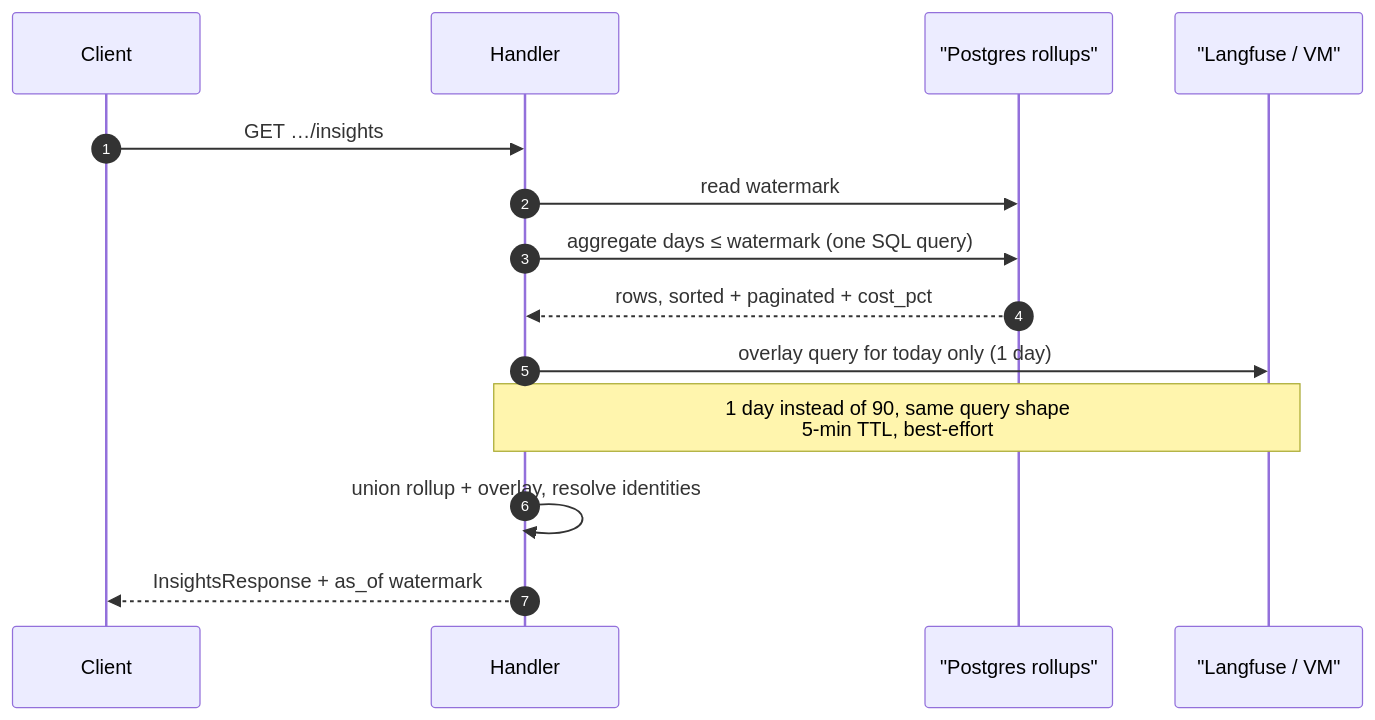
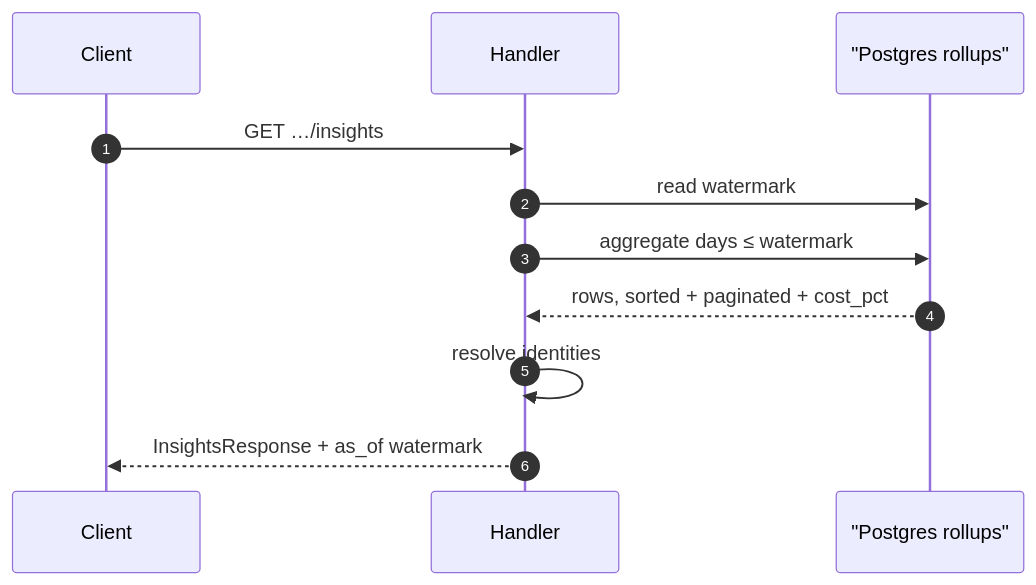
One commit to astropods/astro-cli changed the third of 4 diagrams in docs/01-spec/insights-rollup-spec.md. Above: the diagram before and after it, drawn with Mermaid. The commit also changed other lines of this file and 46 other files, not shown here.

````diff
--- a/docs/01-spec/insights-rollup-spec.md
+++ b/docs/01-spec/insights-rollup-spec.md
@@ -215,17 +215,14 @@
 ```mermaid
 sequenceDiagram
   autonumber
   participant C as Client
   participant H as Handler
   participant PG as "Postgres rollups"
-  participant UP as "Langfuse / VM"
 
   C->>H: GET …/insights
   H->>PG: read watermark
-  H->>PG: aggregate days ≤ watermark (one SQL query)
+  H->>PG: aggregate days ≤ watermark
   PG-->>H: rows, sorted + paginated + cost_pct
-  H->>UP: overlay query for today only (1 day)
-  Note over H,UP: 1 day instead of 90, same query shape<br/>5-min TTL, best-effort
-  H->>H: union rollup + overlay, resolve identities
+  H->>H: resolve identities
   H-->>C: InsightsResponse + as_of watermark
 ```
````
